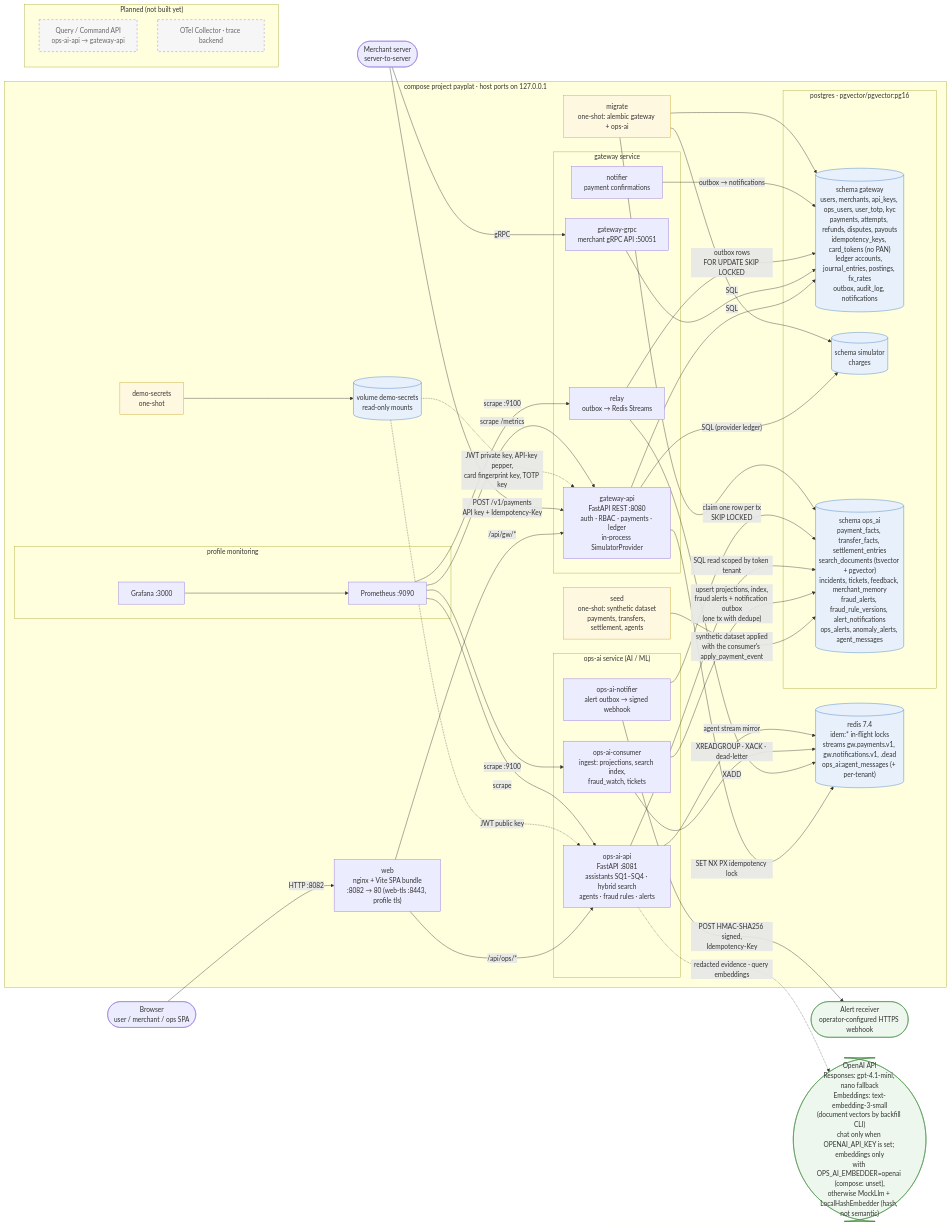
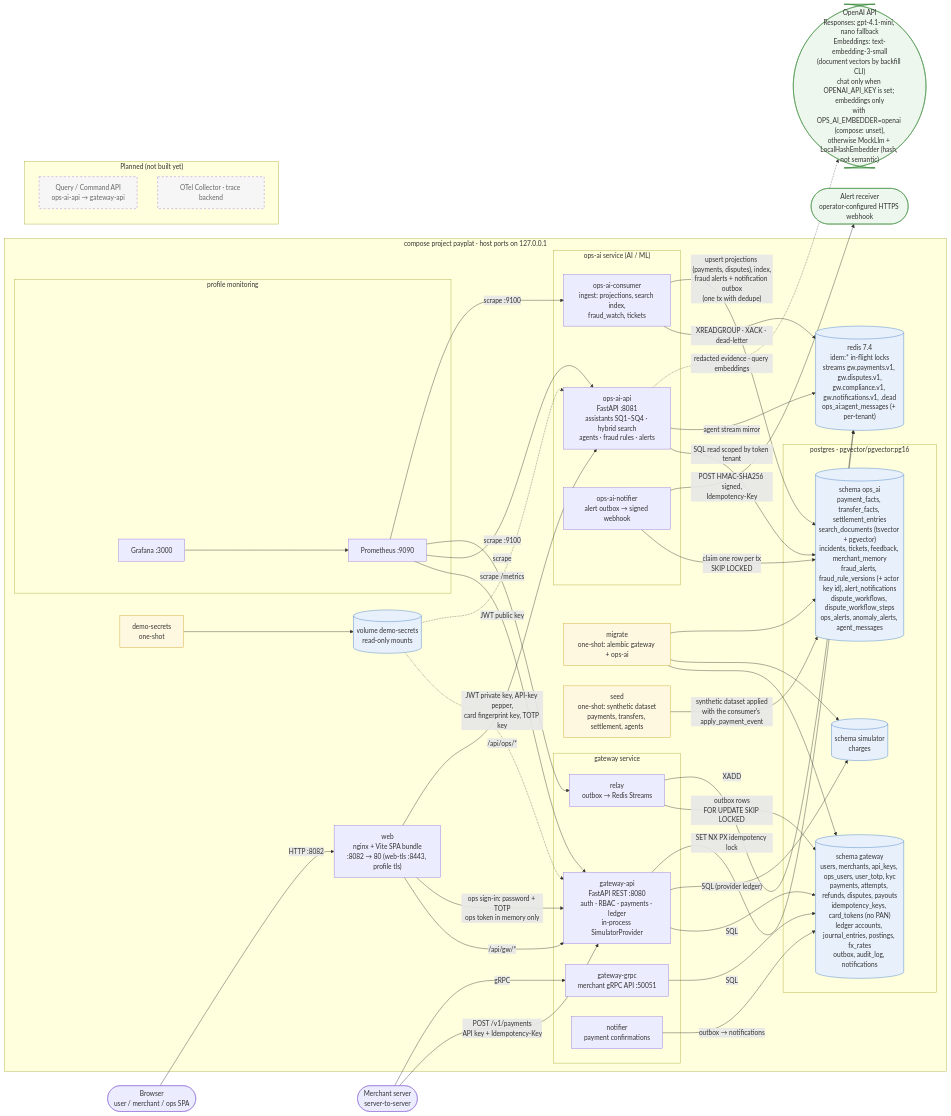
Before and after one commit to kodandy/prodapt-case-study-2026: the first of 6 diagrams in docs/architecture.md, drawn with Mermaid. The commit also changed 2 other files, not shown here.

Commit message:
Show dispute and compliance streams, dispute tables and ops sign-in in the architecture diagram

```diff
--- a/docs/architecture.md
+++ b/docs/architecture.md
@@ -41,10 +41,10 @@
     subgraph pg["postgres · pgvector/pgvector:pg16"]
       sgw[("schema gateway<br/>users, merchants, api_keys, ops_users, user_totp, kyc<br/>payments, attempts, refunds, disputes, payouts<br/>idempotency_keys, card_tokens (no PAN)<br/>ledger accounts, journal_entries, postings, fx_rates<br/>outbox, audit_log, notifications")]
       ssim[("schema simulator<br/>charges")]
-      sops[("schema ops_ai<br/>payment_facts, transfer_facts, settlement_entries<br/>search_documents (tsvector + pgvector)<br/>incidents, tickets, feedback, merchant_memory<br/>fraud_alerts, fraud_rule_versions, alert_notifications<br/>ops_alerts, anomaly_alerts, agent_messages")]
+      sops[("schema ops_ai<br/>payment_facts, transfer_facts, settlement_entries<br/>search_documents (tsvector + pgvector)<br/>incidents, tickets, feedback, merchant_memory<br/>fraud_alerts, fraud_rule_versions (+ actor key id), alert_notifications<br/>dispute_workflows, dispute_workflow_steps<br/>ops_alerts, anomaly_alerts, agent_messages")]
     end
 
-    redis[("redis 7.4<br/>idem:* in-flight locks<br/>streams gw.payments.v1, gw.notifications.v1, .dead<br/>ops_ai:agent_messages (+ per-tenant)")]
+    redis[("redis 7.4<br/>idem:* in-flight locks<br/>streams gw.payments.v1, gw.disputes.v1,<br/>gw.compliance.v1, gw.notifications.v1, .dead<br/>ops_ai:agent_messages (+ per-tenant)")]
 
     secrets["demo-secrets<br/>one-shot"]
     migrate["migrate<br/>one-shot: alembic gateway + ops-ai"]
@@ -59,6 +59,7 @@
 
   browser -->|"HTTP :8082"| web
   web -->|"/api/gw/*"| gwapi
+  web -->|"ops sign-in: password + TOTP<br/>ops token in memory only"| gwapi
   web -->|"/api/ops/*"| opsapi
   merchantsrv -->|"POST /v1/payments<br/>API key + Idempotency-Key"| gwapi
   merchantsrv -->|"gRPC"| gwgrpc
@@ -73,7 +74,7 @@
 
   seed -->|"synthetic dataset applied<br/>with the consumer's apply_payment_event"| sops
   consumer -->|"XREADGROUP · XACK · dead-letter"| redis
-  consumer -->|"upsert projections, index,<br/>fraud alerts + notification outbox<br/>(one tx with dedupe)"| sops
+  consumer -->|"upsert projections (payments, disputes), index,<br/>fraud alerts + notification outbox<br/>(one tx with dedupe)"| sops
   opsapi -->|"SQL read scoped by token tenant"| sops
   opsapi -->|"agent stream mirror"| redis
   opsapi -.->|"redacted evidence · query embeddings"| openai
```
